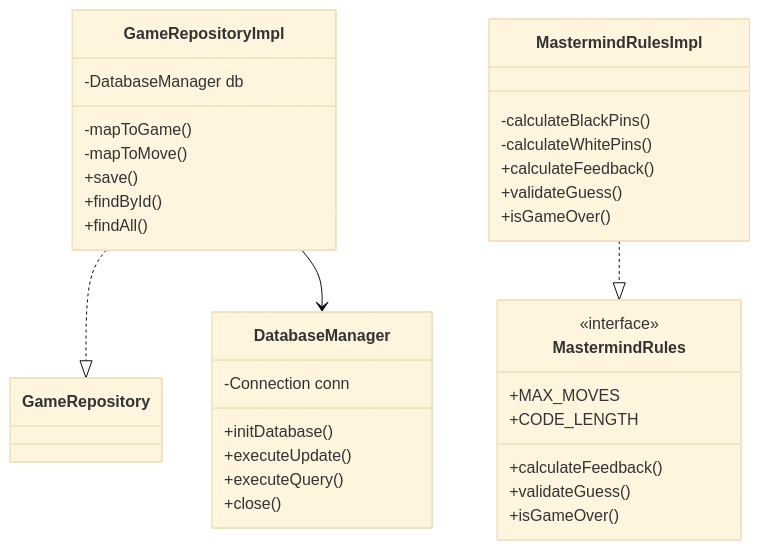
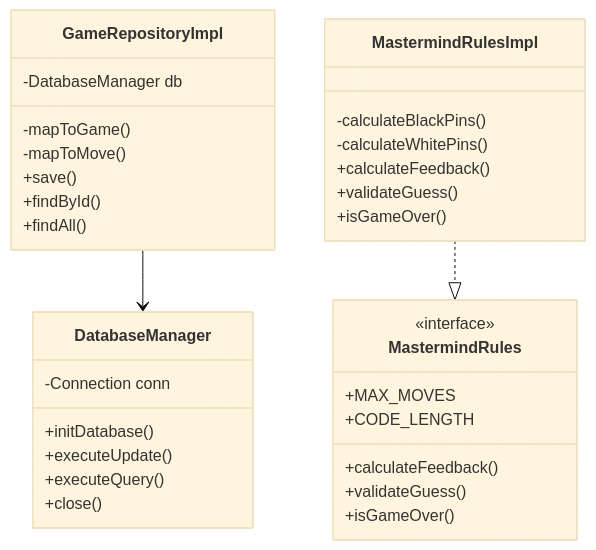
Before and after one commit to Andrew2114/kotlin-s_game: the third of 3 diagrams in docs/class-diagram-hw1.md, drawn with Mermaid (base theme). The commit also changed other lines of this file, not shown here.

````diff
--- a/docs/class-diagram-hw1.md
+++ b/docs/class-diagram-hw1.md
@@ -148,45 +147,44 @@
 ```mermaid
 classDiagram
     direction TB
     
     %% ============ ИНТЕРФЕЙСЫ ============
     class MastermindRules {
         <<interface>>
         +calculateFeedback()
         +validateGuess()
         +isGameOver()
         +MAX_MOVES
         +CODE_LENGTH
     }
     
     %% ============ ИНФРАСТРУКТУРА (РЕАЛИЗАЦИИ) ============
     class DatabaseManager {
         -Connection conn
         +initDatabase()
         +executeUpdate()
         +executeQuery()
         +close()
     }
     
     class GameRepositoryImpl {
         -DatabaseManager db
         -mapToGame()
         -mapToMove()
         +save()
         +findById()
         +findAll()
     }
     
     class MastermindRulesImpl {
         -calculateBlackPins()
         -calculateWhitePins()
         +calculateFeedback()
         +validateGuess()
         +isGameOver()
     }
     
     %% ============ СВЯЗИ ============
     MastermindRulesImpl ..|> MastermindRules
-    GameRepositoryImpl ..|> GameRepository
     GameRepositoryImpl --> DatabaseManager
 ```
````
